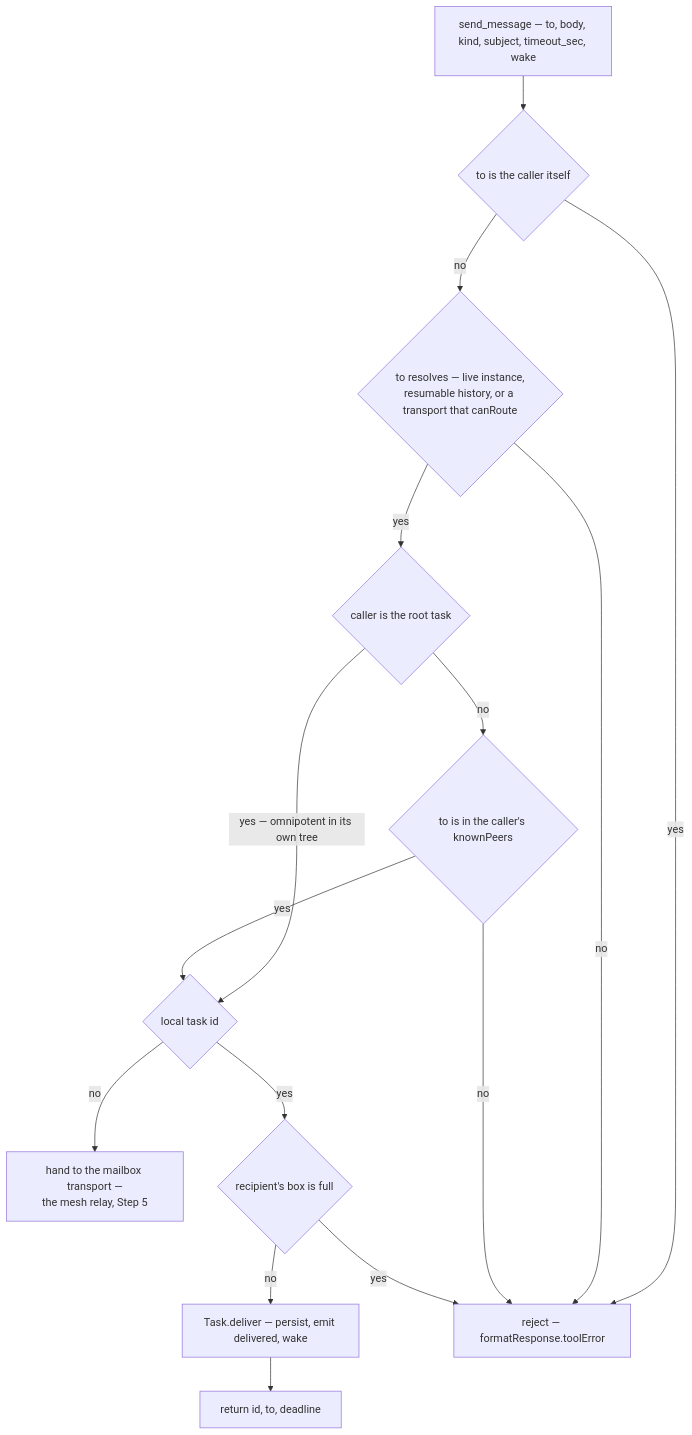
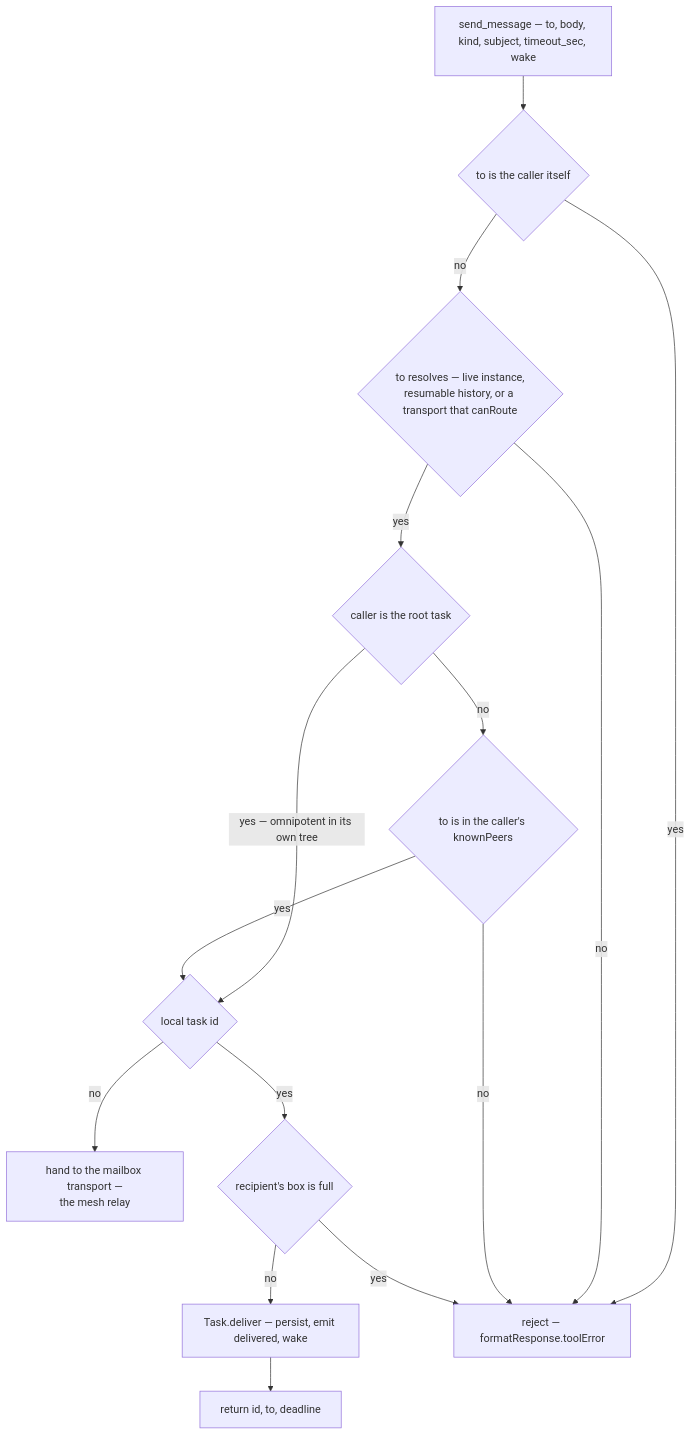
Before and after one commit to shofer-dev/shofer: the second of 6 diagrams in docs/task_messaging.md, drawn with Mermaid. The commit also changed other lines of this file and 80 other files, not shown here.

First line of the commit message:
feat(core)!: new_task is concurrent-only; parent/child results and questions ride the mailbox; A2A over the mailbox transport

````diff
--- a/docs/task_messaging.md
+++ b/docs/task_messaging.md
@@ -177,29 +181,29 @@
 ```mermaid
 flowchart TD
     S["send_message — to, body, kind, subject, timeout_sec, wake"]
     V1{"to is the caller itself"}
     V2{"to resolves — live instance,<br/>resumable history, or a transport that canRoute"}
     V3{"caller is the root task"}
     V4{"to is in the caller's knownPeers"}
     LOC{"local task id"}
-    TR["hand to the mailbox transport —<br/>the mesh relay, Step 5"]
+    TR["hand to the mailbox transport —<br/>the mesh relay"]
     CAP{"recipient's box is full"}
     D["Task.deliver — persist, emit delivered, wake"]
     OK["return id, to, deadline"]
     X["reject — formatResponse.toolError"]
 
     S --> V1
     V1 -->|yes| X
     V1 -->|no| V2
     V2 -->|no| X
     V2 -->|yes| V3
     V3 -->|"yes — omnipotent in its own tree"| LOC
     V3 -->|no| V4
     V4 -->|no| X
     V4 -->|yes| LOC
     LOC -->|no| TR
     LOC -->|yes| CAP
     CAP -->|yes| X
     CAP -->|no| D
     D --> OK
 ```
````
